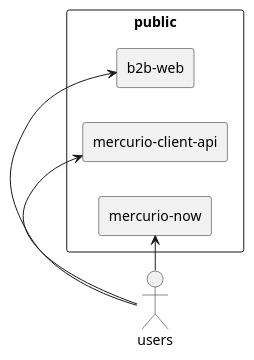
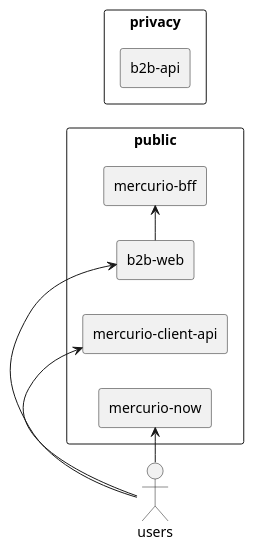
One commit to zearkiatos/architecture-diagrams changed the diagram in B2BArchitectureDiagrams/asIs.puml. Above: the diagram before and after it, drawn with PlantUML.

Commit message:
Add b2b-api

```diff
--- a/B2BArchitectureDiagrams/asIs.puml
+++ b/B2BArchitectureDiagrams/asIs.puml
@@ -1,13 +1,19 @@
 @startuml
 left to right direction
 actor users
 rectangle public {
     rectangle "b2b-web" as b2bWeb
     rectangle "mercurio-client-api" as mercurioClientApi
     rectangle "mercurio-now" as mercurioNow
+    rectangle "mercurio-bff" as mercurioBff
+}
+
+rectangle privacy {
+    rectangle "b2b-api" as b2bApi
 }
 
 users -> b2bWeb
 users -> mercurioClientApi
 users -> mercurioNow
+b2bWeb -> mercurioBff
 @enduml
```
